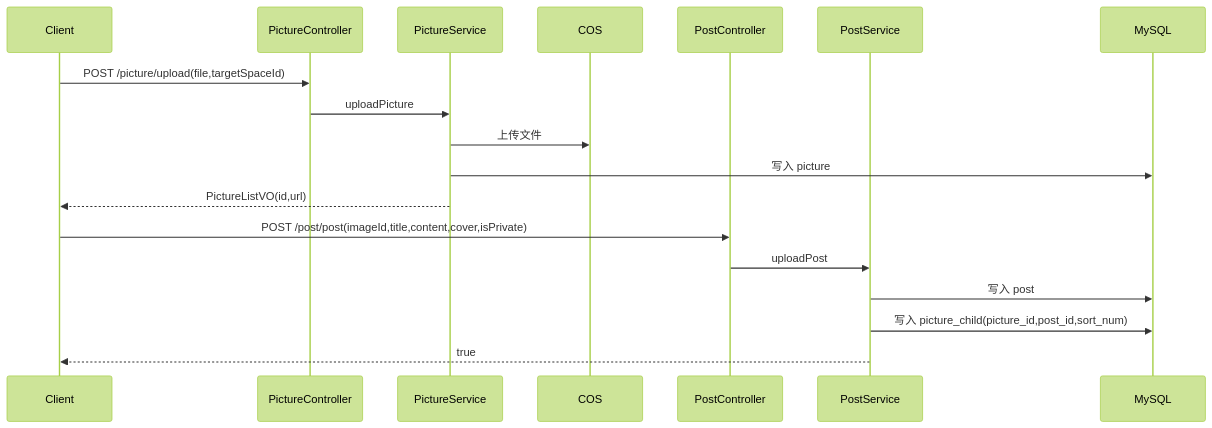
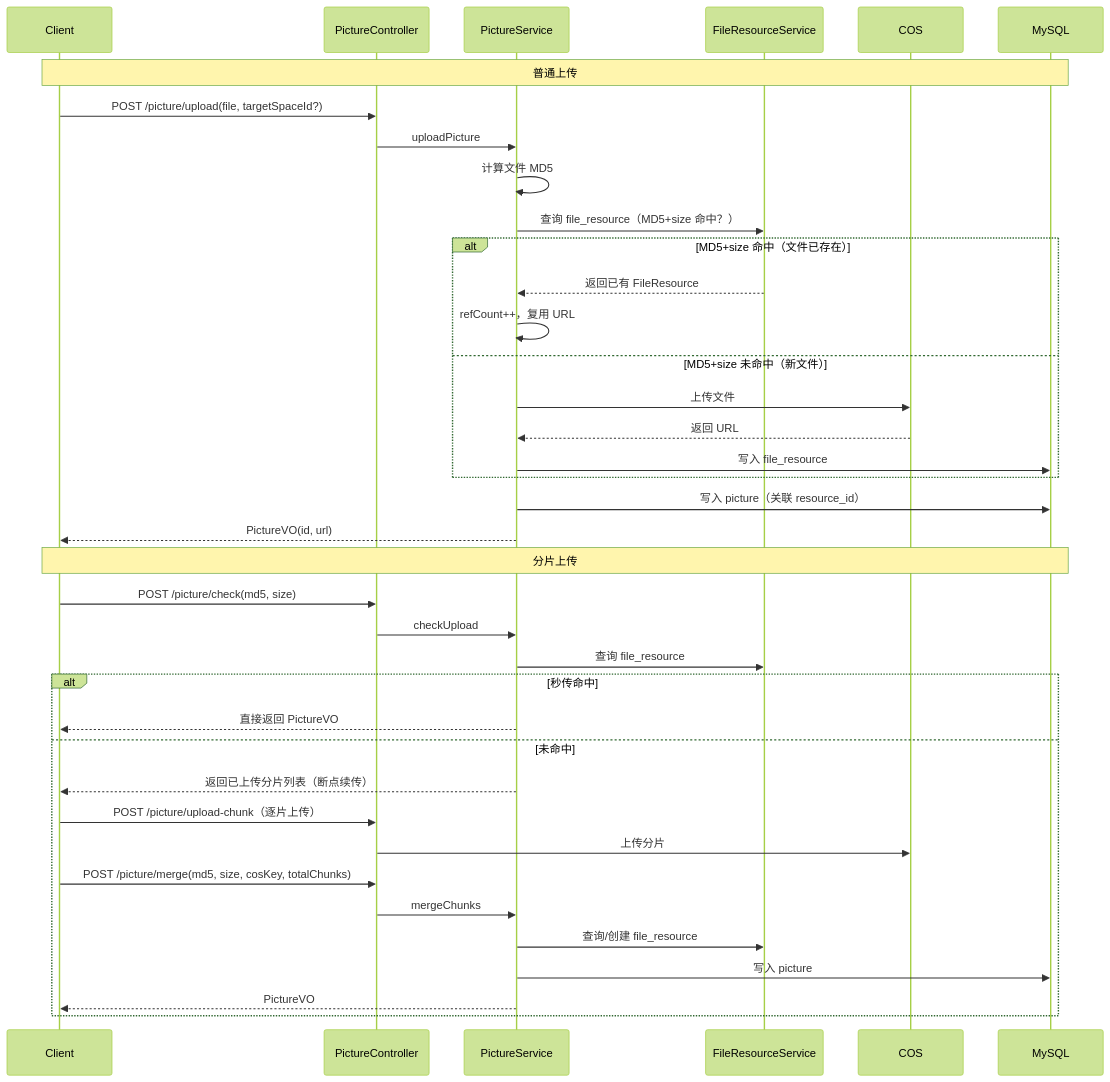
The fifth of 8 diagrams in model/uml_diagrams.md (FishDuM/AI.Image.Material.Collaboration.Platform), drawn with Mermaid (forest theme) before and after one commit. The commit also changed other lines of this file and 150 other files, not shown here.

Commit message:
缩略图、分享链接功能片上传。修复2处并发竞态，修复各链路上的bug,引入websocket和disruptor无锁队列实现团队空间协同编辑

````diff
--- a/model/uml_diagrams.md
+++ b/model/uml_diagrams.md
@@ -707,21 +491,42 @@
 ```mermaid
 sequenceDiagram
     participant C as Client
     participant P as PictureController
     participant PS as PictureService
+    participant FR as FileResourceService
     participant COS as COS
-    participant PostC as PostController
-    participant PostS as PostService
     participant DB as MySQL
 
-    C->>P: POST /picture/upload(file,targetSpaceId)
+    Note over C,DB: 普通上传
+    C->>P: POST /picture/upload(file, targetSpaceId?)
     P->>PS: uploadPicture
-    PS->>COS: 上传文件
-    PS->>DB: 写入 picture
-    PS-->>C: PictureListVO(id,url)
-    C->>PostC: POST /post/post(imageId,title,content,cover,isPrivate)
-    PostC->>PostS: uploadPost
-    PostS->>DB: 写入 post
-    PostS->>DB: 写入 picture_child(picture_id,post_id,sort_num)
-    PostS-->>C: true
+    PS->>PS: 计算文件 MD5
+    PS->>FR: 查询 file_resource（MD5+size 命中？）
+    alt MD5+size 命中（文件已存在）
+        FR-->>PS: 返回已有 FileResource
+        PS->>PS: refCount++，复用 URL
+    else MD5+size 未命中（新文件）
+        PS->>COS: 上传文件
+        COS-->>PS: 返回 URL
+        PS->>DB: 写入 file_resource
+    end
+    PS->>DB: 写入 picture（关联 resource_id）
+    PS-->>C: PictureVO(id, url)
+
+    Note over C,DB: 分片上传
+    C->>P: POST /picture/check(md5, size)
+    P->>PS: checkUpload
+    PS->>FR: 查询 file_resource
+    alt 秒传命中
+        PS-->>C: 直接返回 PictureVO
+    else 未命中
+        PS-->>C: 返回已上传分片列表（断点续传）
+        C->>P: POST /picture/upload-chunk（逐片上传）
+        P->>COS: 上传分片
+        C->>P: POST /picture/merge(md5, size, cosKey, totalChunks)
+        P->>PS: mergeChunks
+        PS->>FR: 查询/创建 file_resource
+        PS->>DB: 写入 picture
+        PS-->>C: PictureVO
+    end
 ```
````
